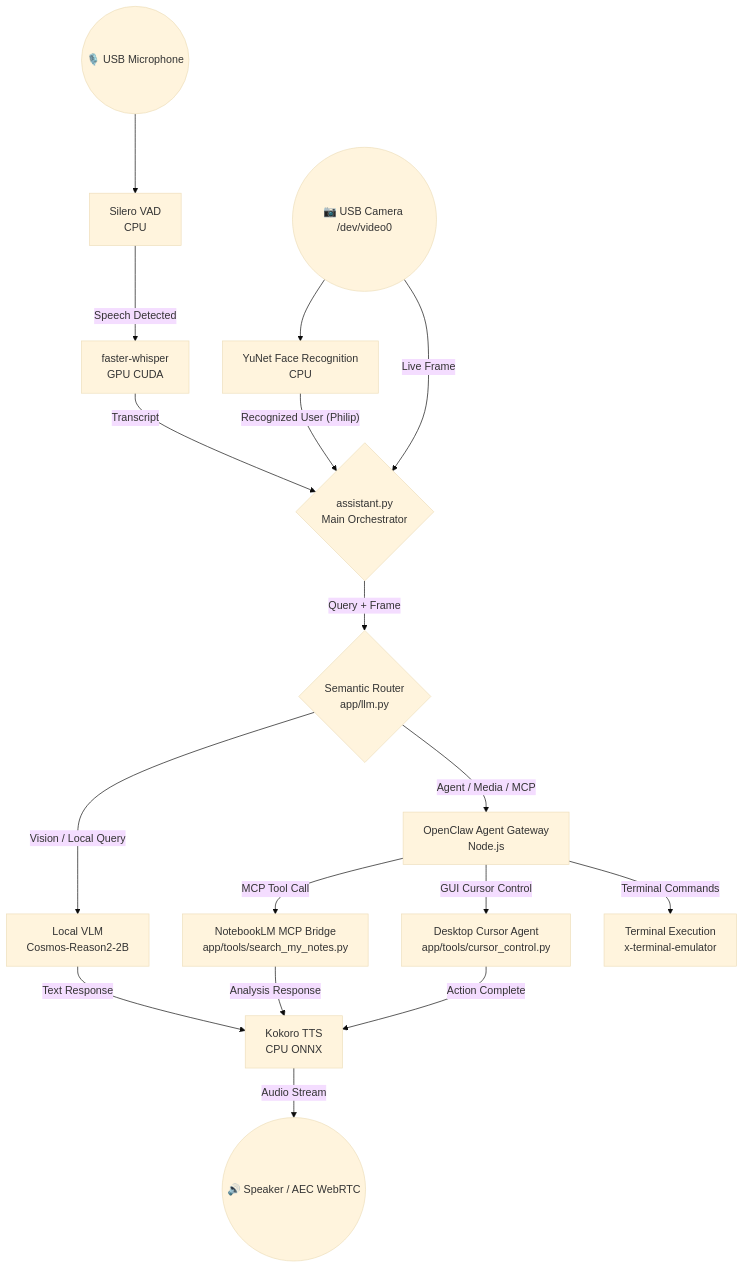
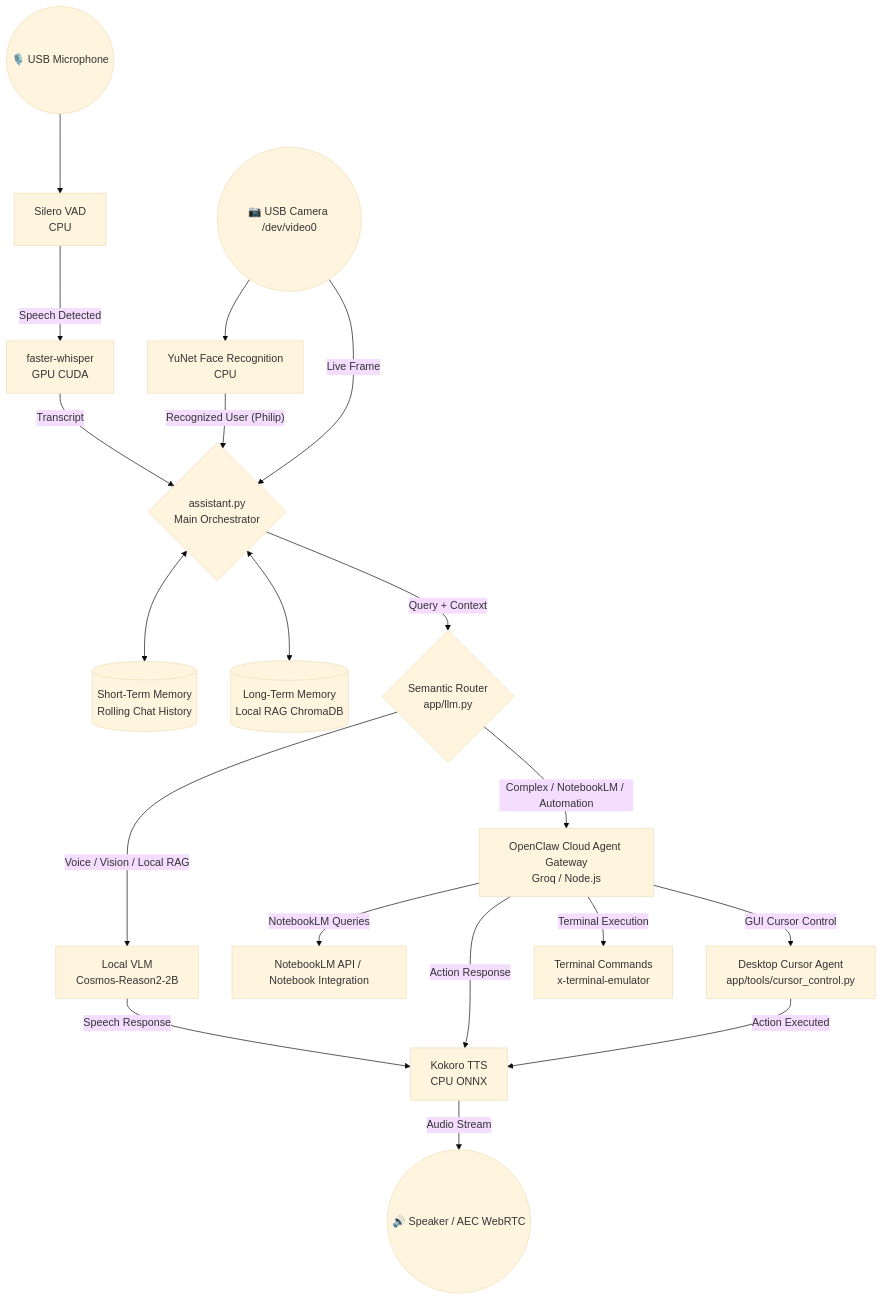
The diagram in README.md (FilippeZ/aria-ai-assistant), drawn with Mermaid (base theme) before and after one commit. The commit also changed other lines of this file, not shown here.

Commit message:
docs: update README with hybrid architecture, local RAG vs cloud NotebookLM, and desktop automation

````diff
--- a/README.md
+++ b/README.md
@@ -27,31 +25,35 @@
 ```mermaid
 graph TD
     %% Inputs
     Mic((🎙️ USB Microphone)) --> VAD[Silero VAD\nCPU]
     Cam((📷 USB Camera /dev/video0)) --> FaceRec[YuNet Face Recognition\nCPU]
     
     %% Audio & Vision Pipeline
     VAD -- Speech Detected --> STT[faster-whisper\nGPU CUDA]
     STT -- Transcript --> App{assistant.py\nMain Orchestrator}
     FaceRec -- "Recognized User (Philip)" --> App
     Cam -- Live Frame --> App
     
+    %% Short-Term & Long-Term Memory
+    App <--> ShortMem[(Short-Term Memory\nRolling Chat History)]
+    App <--> LongMem[(Long-Term Memory\nLocal RAG ChromaDB)]
+    
     %% Semantic Router
-    App -- Query + Frame --> Router{Semantic Router\napp/llm.py}
+    App -- Query + Context --> Router{Semantic Router\napp/llm.py}
     
     %% Routing Decisions
-    Router -- "Vision / Local Query" --> LocalVLM[Local VLM\nCosmos-Reason2-2B]
-    Router -- "Agent / Media / MCP" --> AgentGateway[OpenClaw Agent Gateway\nNode.js]
+    Router -- "Voice / Vision / Local RAG" --> LocalVLM[Local VLM\nCosmos-Reason2-2B]
+    Router -- "Complex / NotebookLM / Automation" --> CloudAgent[OpenClaw Cloud Agent Gateway\nGroq / Node.js]
     
-    %% Agent Action Execution
-    AgentGateway -- MCP Tool Call --> MCP[NotebookLM MCP Bridge\napp/tools/search_my_notes.py]
-    AgentGateway -- GUI Cursor Control --> Cursor[Desktop Cursor Agent\napp/tools/cursor_control.py]
-    AgentGateway -- Terminal Commands --> Term[Terminal Execution\nx-terminal-emulator]
+    %% Cloud Agent Tools
+    CloudAgent -- NotebookLM Queries --> NotebookLM[NotebookLM API / Notebook Integration]
+    CloudAgent -- GUI Cursor Control --> Cursor[Desktop Cursor Agent\napp/tools/cursor_control.py]
+    CloudAgent -- Terminal Execution --> Term[Terminal Commands\nx-terminal-emulator]
     
     %% Outputs
-    LocalVLM -- Text Response --> TTS[Kokoro TTS\nCPU ONNX]
-    MCP -- Analysis Response --> TTS
-    Cursor -- Action Complete --> TTS
+    LocalVLM -- Speech Response --> TTS[Kokoro TTS\nCPU ONNX]
+    CloudAgent -- Action Response --> TTS
+    Cursor -- Action Executed --> TTS
     
     TTS -- Audio Stream --> Speaker((🔊 Speaker / AEC WebRTC))
 ```
````
